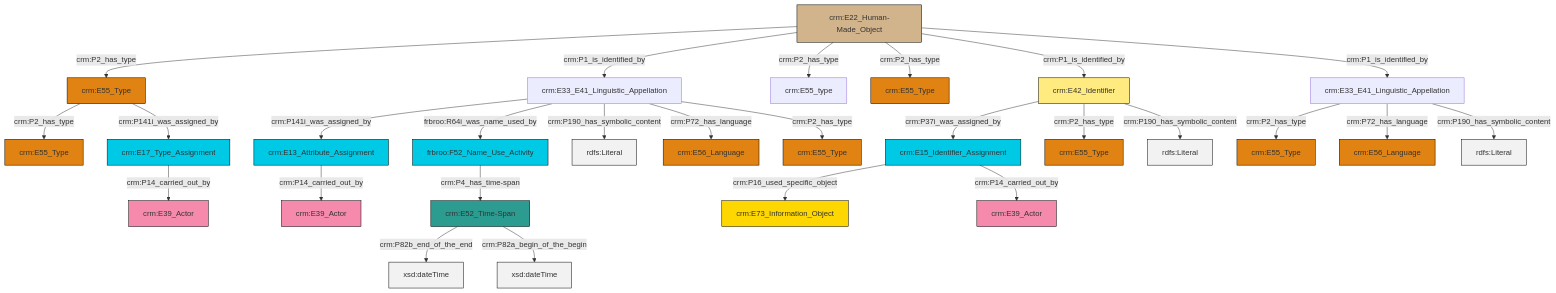
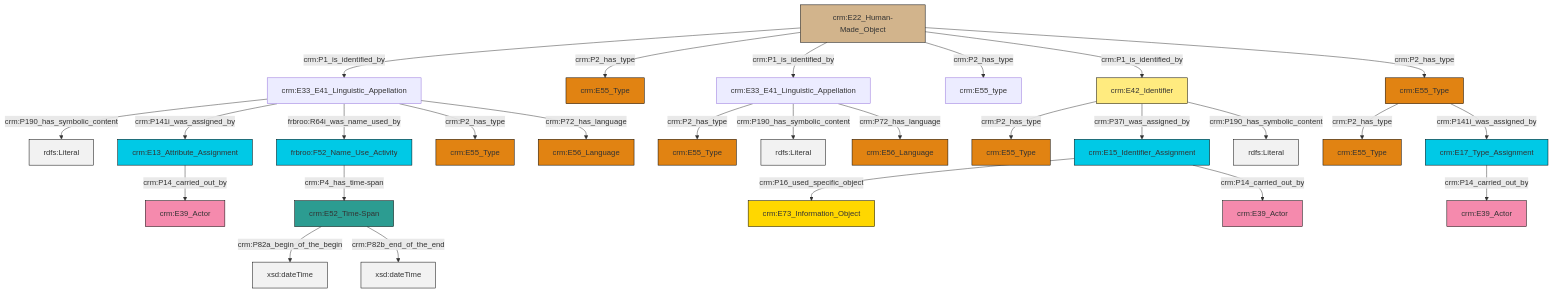
One commit to swiss-art-research-net/reference-data-models changed the diagram in et/builtWorkCSV/ttl/mmd/Built_Work_Names.ttl.mmd. Above: the diagram before and after it, drawn with Mermaid. The commit also changed 130 other files, not shown here.

```diff
--- a/et/builtWorkCSV/ttl/mmd/Built_Work_Names.ttl.mmd
+++ b/et/builtWorkCSV/ttl/mmd/Built_Work_Names.ttl.mmd
@@ -1,41 +1,41 @@
 graph TD
 classDef Literal fill:#f2f2f2,stroke:#000000;
 classDef CRM_Entity fill:#FFFFFF,stroke:#000000;
 classDef Temporal_Entity fill:#00C9E6, stroke:#000000;
 classDef Type fill:#E18312, stroke:#000000;
 classDef Time-Span fill:#2C9C91, stroke:#000000;
 classDef Appellation fill:#FFEB7F, stroke:#000000;
 classDef Place fill:#008836, stroke:#000000;
 classDef Persistent_Item fill:#B266B2, stroke:#000000;
 classDef Conceptual_Object fill:#FFD700, stroke:#000000;
 classDef Physical_Thing fill:#D2B48C, stroke:#000000;
 classDef Actor fill:#f58aad, stroke:#000000;
 classDef PC_Classes fill:#4ce600, stroke:#000000;
 classDef Multi fill:#cccccc,stroke:#000000;
 
-4["crm:E17_Type_Assignment"]:::Temporal_Entity -->|crm:P14_carried_out_by| 5["crm:E39_Actor"]:::Actor
-14["crm:E22_Human-Made_Object"]:::Physical_Thing -->|crm:P2_has_type| 12["crm:E55_Type"]:::Type
-14["crm:E22_Human-Made_Object"]:::Physical_Thing -->|crm:P1_is_identified_by| 15["crm:E33_E41_Linguistic_Appellation"]:::Default
-12["crm:E55_Type"]:::Type -->|crm:P2_has_type| 8["crm:E55_Type"]:::Type
-18["crm:E33_E41_Linguistic_Appellation"]:::Default -->|crm:P2_has_type| 6["crm:E55_Type"]:::Type
-14["crm:E22_Human-Made_Object"]:::Physical_Thing -->|crm:P2_has_type| 10["crm:E55_type"]:::Default
-20["crm:E15_Identifier_Assignment"]:::Temporal_Entity -->|crm:P16_used_specific_object| 21["crm:E73_Information_Object"]:::Conceptual_Object
-14["crm:E22_Human-Made_Object"]:::Physical_Thing -->|crm:P2_has_type| 22["crm:E55_Type"]:::Type
-14["crm:E22_Human-Made_Object"]:::Physical_Thing -->|crm:P1_is_identified_by| 23["crm:E42_Identifier"]:::Appellation
-15["crm:E33_E41_Linguistic_Appellation"]:::Default -->|crm:P141i_was_assigned_by| 24["crm:E13_Attribute_Assignment"]:::Temporal_Entity
-15["crm:E33_E41_Linguistic_Appellation"]:::Default -->|frbroo:R64i_was_name_used_by| 16["frbroo:F52_Name_Use_Activity"]:::Temporal_Entity
-15["crm:E33_E41_Linguistic_Appellation"]:::Default -->|crm:P190_has_symbolic_content| 25[rdfs:Literal]:::Literal
-24["crm:E13_Attribute_Assignment"]:::Temporal_Entity -->|crm:P14_carried_out_by| 0["crm:E39_Actor"]:::Actor
-28["crm:E52_Time-Span"]:::Time-Span -->|crm:P82b_end_of_the_end| 29[xsd:dateTime]:::Literal
-14["crm:E22_Human-Made_Object"]:::Physical_Thing -->|crm:P1_is_identified_by| 18["crm:E33_E41_Linguistic_Appellation"]:::Default
-23["crm:E42_Identifier"]:::Appellation -->|crm:P37i_was_assigned_by| 20["crm:E15_Identifier_Assignment"]:::Temporal_Entity
-23["crm:E42_Identifier"]:::Appellation -->|crm:P2_has_type| 32["crm:E55_Type"]:::Type
-16["frbroo:F52_Name_Use_Activity"]:::Temporal_Entity -->|crm:P4_has_time-span| 28["crm:E52_Time-Span"]:::Time-Span
-28["crm:E52_Time-Span"]:::Time-Span -->|crm:P82a_begin_of_the_begin| 34[xsd:dateTime]:::Literal
-20["crm:E15_Identifier_Assignment"]:::Temporal_Entity -->|crm:P14_carried_out_by| 2["crm:E39_Actor"]:::Actor
-12["crm:E55_Type"]:::Type -->|crm:P141i_was_assigned_by| 4["crm:E17_Type_Assignment"]:::Temporal_Entity
-15["crm:E33_E41_Linguistic_Appellation"]:::Default -->|crm:P72_has_language| 37["crm:E56_Language"]:::Type
-15["crm:E33_E41_Linguistic_Appellation"]:::Default -->|crm:P2_has_type| 39["crm:E55_Type"]:::Type
-18["crm:E33_E41_Linguistic_Appellation"]:::Default -->|crm:P72_has_language| 40["crm:E56_Language"]:::Type
-18["crm:E33_E41_Linguistic_Appellation"]:::Default -->|crm:P190_has_symbolic_content| 48[rdfs:Literal]:::Literal
-23["crm:E42_Identifier"]:::Appellation -->|crm:P190_has_symbolic_content| 49[rdfs:Literal]:::Literal
+0["crm:E22_Human-Made_Object"]:::Physical_Thing -->|crm:P1_is_identified_by| 1["crm:E33_E41_Linguistic_Appellation"]:::Default
+2["crm:E52_Time-Span"]:::Time-Span -->|crm:P82a_begin_of_the_begin| 3[xsd:dateTime]:::Literal
+7["frbroo:F52_Name_Use_Activity"]:::Temporal_Entity -->|crm:P4_has_time-span| 2["crm:E52_Time-Span"]:::Time-Span
+1["crm:E33_E41_Linguistic_Appellation"]:::Default -->|crm:P190_has_symbolic_content| 8[rdfs:Literal]:::Literal
+11["crm:E13_Attribute_Assignment"]:::Temporal_Entity -->|crm:P14_carried_out_by| 12["crm:E39_Actor"]:::Actor
+15["crm:E15_Identifier_Assignment"]:::Temporal_Entity -->|crm:P16_used_specific_object| 16["crm:E73_Information_Object"]:::Conceptual_Object
+0["crm:E22_Human-Made_Object"]:::Physical_Thing -->|crm:P2_has_type| 4["crm:E55_Type"]:::Type
+0["crm:E22_Human-Made_Object"]:::Physical_Thing -->|crm:P1_is_identified_by| 9["crm:E33_E41_Linguistic_Appellation"]:::Default
+23["crm:E55_Type"]:::Type -->|crm:P2_has_type| 21["crm:E55_Type"]:::Type
+1["crm:E33_E41_Linguistic_Appellation"]:::Default -->|crm:P141i_was_assigned_by| 11["crm:E13_Attribute_Assignment"]:::Temporal_Entity
+0["crm:E22_Human-Made_Object"]:::Physical_Thing -->|crm:P2_has_type| 31["crm:E55_type"]:::Default
+0["crm:E22_Human-Made_Object"]:::Physical_Thing -->|crm:P1_is_identified_by| 19["crm:E42_Identifier"]:::Appellation
+19["crm:E42_Identifier"]:::Appellation -->|crm:P2_has_type| 32["crm:E55_Type"]:::Type
+19["crm:E42_Identifier"]:::Appellation -->|crm:P37i_was_assigned_by| 15["crm:E15_Identifier_Assignment"]:::Temporal_Entity
+23["crm:E55_Type"]:::Type -->|crm:P141i_was_assigned_by| 27["crm:E17_Type_Assignment"]:::Temporal_Entity
+15["crm:E15_Identifier_Assignment"]:::Temporal_Entity -->|crm:P14_carried_out_by| 17["crm:E39_Actor"]:::Actor
+1["crm:E33_E41_Linguistic_Appellation"]:::Default -->|frbroo:R64i_was_name_used_by| 7["frbroo:F52_Name_Use_Activity"]:::Temporal_Entity
+19["crm:E42_Identifier"]:::Appellation -->|crm:P190_has_symbolic_content| 37[rdfs:Literal]:::Literal
+1["crm:E33_E41_Linguistic_Appellation"]:::Default -->|crm:P2_has_type| 33["crm:E55_Type"]:::Type
+9["crm:E33_E41_Linguistic_Appellation"]:::Default -->|crm:P2_has_type| 13["crm:E55_Type"]:::Type
+9["crm:E33_E41_Linguistic_Appellation"]:::Default -->|crm:P190_has_symbolic_content| 46[rdfs:Literal]:::Literal
+1["crm:E33_E41_Linguistic_Appellation"]:::Default -->|crm:P72_has_language| 25["crm:E56_Language"]:::Type
+0["crm:E22_Human-Made_Object"]:::Physical_Thing -->|crm:P2_has_type| 23["crm:E55_Type"]:::Type
+27["crm:E17_Type_Assignment"]:::Temporal_Entity -->|crm:P14_carried_out_by| 29["crm:E39_Actor"]:::Actor
+2["crm:E52_Time-Span"]:::Time-Span -->|crm:P82b_end_of_the_end| 49[xsd:dateTime]:::Literal
+9["crm:E33_E41_Linguistic_Appellation"]:::Default -->|crm:P72_has_language| 38["crm:E56_Language"]:::Type
```
